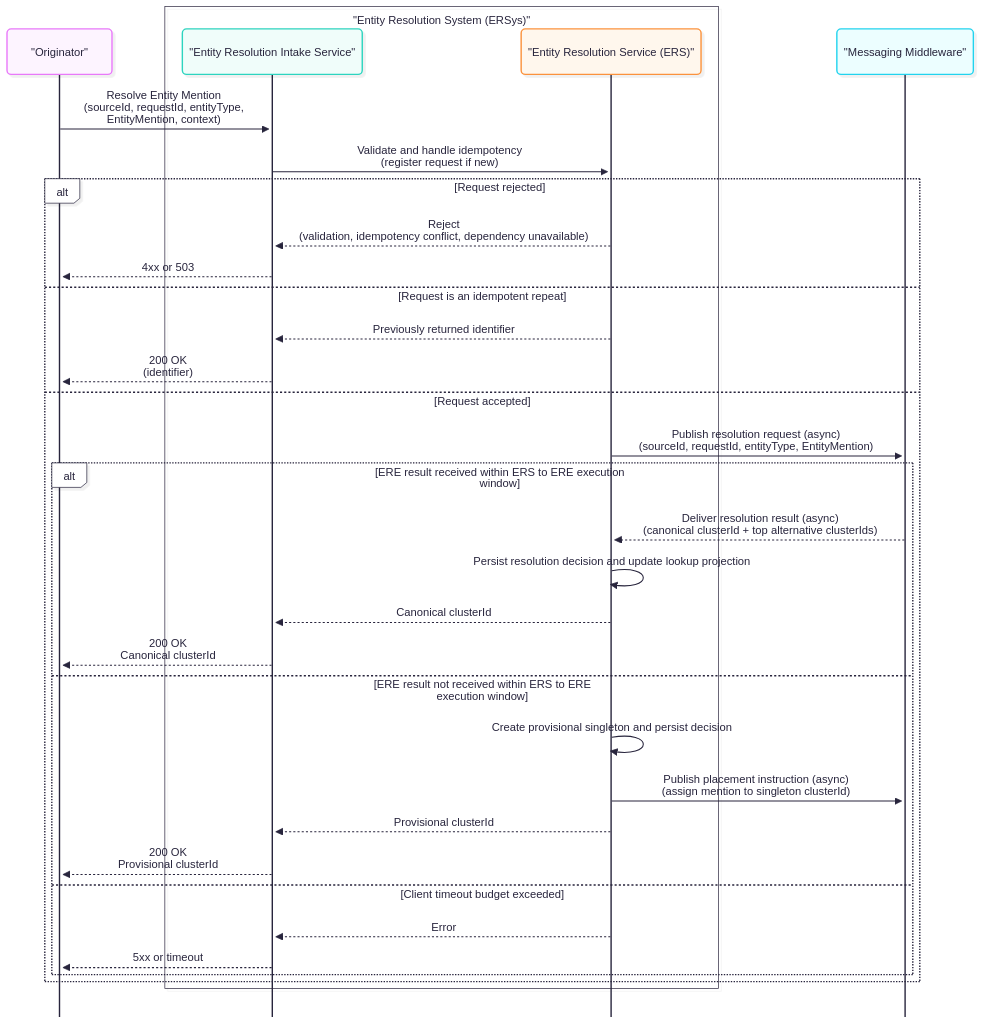
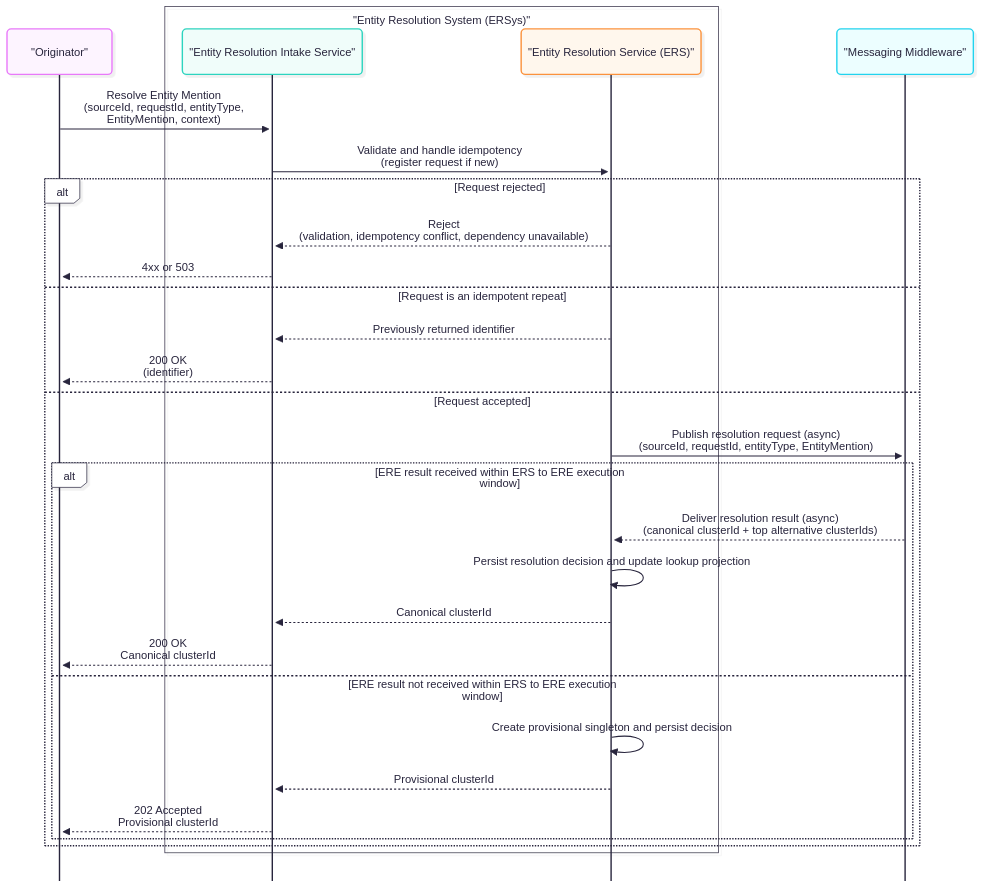
Before and after one commit to OP-TED/entity-resolution-spec: the diagram in docs/architecture/sequence_diagrams/spine-A-Resolve-EntityMention(simplified).mmd, drawn with Mermaid. The commit also changed 13 other files, not shown here.

First line of the commit message:
docs: align message descriptions, features and diagrams with the ERS-ERE behaviour of 1.1.0-rc.8

```diff
--- a/docs/architecture/sequence_diagrams/spine-A-Resolve-EntityMention(simplified).mmd
+++ b/docs/architecture/sequence_diagrams/spine-A-Resolve-EntityMention(simplified).mmd
@@ -1,52 +1,48 @@
 ---
 config:
   look: neo
   theme: redux-color
   mirrorActors: false
   sequence:
     bottomMarginAdj: 0.1
 ---
 sequenceDiagram
 %% Maps to EA diagram: UML Sequence (Spine A)
 %% Purpose: bounded resolve with idempotent request handling (UCB11)
 %% Shows: async publication to Messaging Middleware and bounded response semantics
 %% Excludes: store choreography details, engine internals, curation, rebuild
 
 participant Originator as "Originator"
 
 box "Entity Resolution System (ERSys)"
     participant ERIntake as "Entity Resolution Intake Service"
     participant ERS as "Entity Resolution Service (ERS)"
 end
 
 participant MessagingMiddleware as "Messaging Middleware"
 
 Originator ->> ERIntake: Resolve Entity Mention<br/>(sourceId, requestId, entityType,<br> EntityMention, context)
 ERIntake ->> ERS: Validate and handle idempotency<br/>(register request if new)
 
 alt Request rejected
     ERS -->> ERIntake: Reject<br/>(validation, idempotency conflict, dependency unavailable)
     ERIntake -->> Originator: 4xx or 503
 else Request is an idempotent repeat
     ERS -->> ERIntake: Previously returned identifier
     ERIntake -->> Originator: 200 OK<br/>(identifier)
 else Request accepted
     ERS ->> MessagingMiddleware: Publish resolution request (async)<br/>(sourceId, requestId, entityType, EntityMention)
 
     alt ERE result received within ERS to ERE execution window
         MessagingMiddleware -->> ERS: Deliver resolution result (async)<br/>(canonical clusterId + top alternative clusterIds)
         ERS ->> ERS: Persist resolution decision and update lookup projection
         ERS -->> ERIntake: Canonical clusterId
         ERIntake -->> Originator: 200 OK<br/>Canonical clusterId
     else ERE result not received within ERS to ERE execution window
         ERS ->> ERS: Create provisional singleton and persist decision
-        ERS ->> MessagingMiddleware: Publish placement instruction (async)<br/>(assign mention to singleton clusterId)
         ERS -->> ERIntake: Provisional clusterId
-        ERIntake -->> Originator: 200 OK<br/>Provisional clusterId
-    else Client timeout budget exceeded
-        ERS -->> ERIntake: Error
-        ERIntake -->> Originator: 5xx or timeout
+        ERIntake -->> Originator: 202 Accepted<br/>Provisional clusterId
     end
 end
 
 %% note right of ERS: Late or duplicate engine results may update the stored decision and lookup projection\nCompleted client responses are not retroactively changed
```
